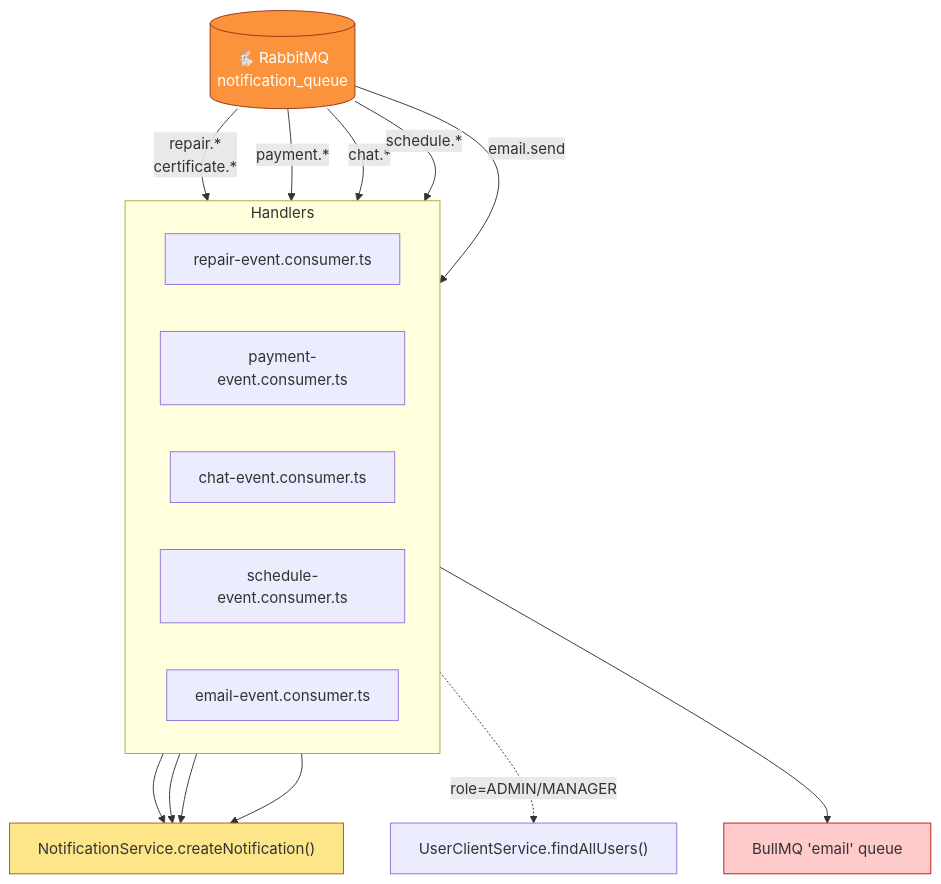
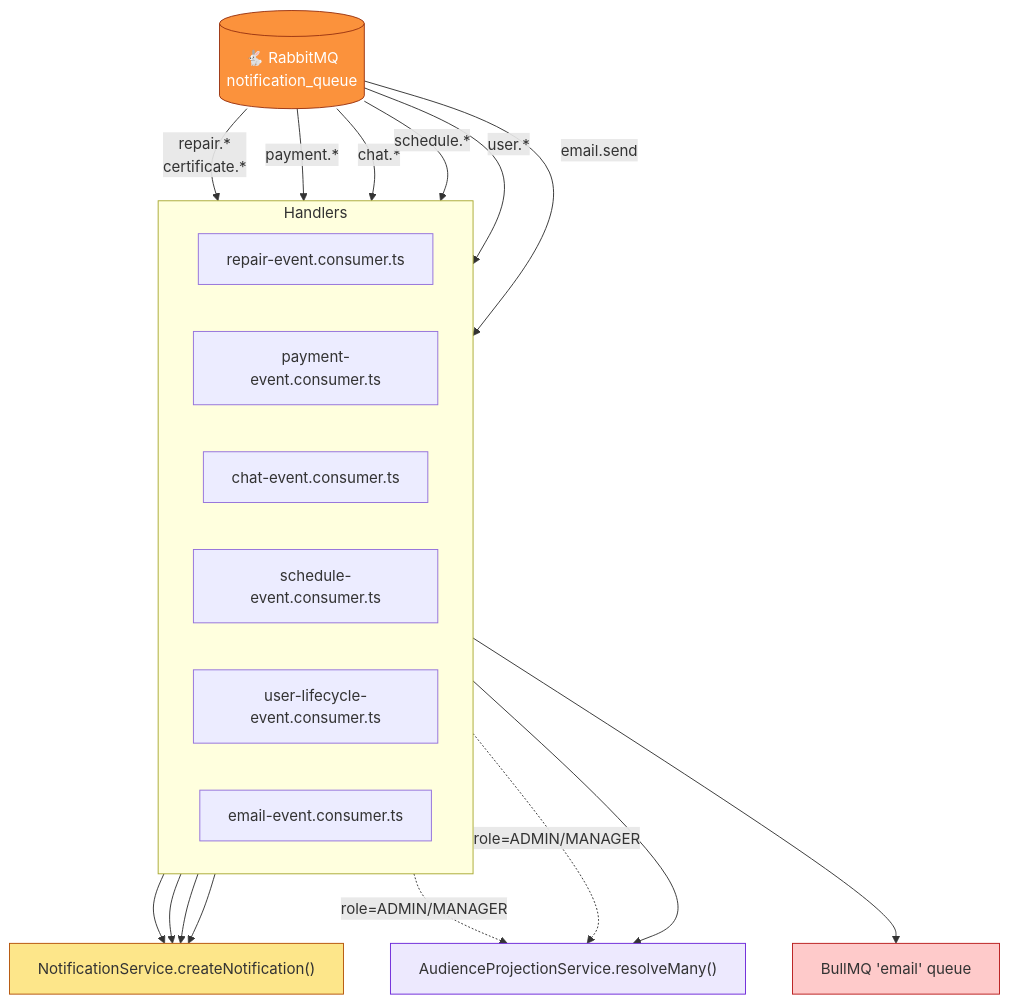
Before and after one commit to yolona-oss/asko-rsw: the seventh of 21 diagrams in apps/notification-service/README.md, drawn with Mermaid. The commit also changed other lines of this file and 37 other files, not shown here.

````diff
--- a/apps/notification-service/README.md
+++ b/apps/notification-service/README.md
@@ -400,30 +429,35 @@
 ```mermaid
 flowchart TB
     RMQ[("🐇 RabbitMQ<br/>notification_queue")]
 
     subgraph Handlers
         direction LR
         R["repair-event.consumer.ts"]
         P["payment-event.consumer.ts"]
         C["chat-event.consumer.ts"]
         S["schedule-event.consumer.ts"]
+        U["user-lifecycle-event.consumer.ts"]
         E["email-event.consumer.ts"]
     end
 
     RMQ -- "repair.*<br/>certificate.*" --> R
     RMQ -- "payment.*" --> P
     RMQ -- "chat.*" --> C
     RMQ -- "schedule.*" --> S
+    RMQ -- "user.*" --> U
     RMQ -- "email.send" --> E
 
     R --> NS["NotificationService.createNotification()"]
     P --> NS
     C --> NS
     S --> NS
-    S -. role=ADMIN/MANAGER .-> UC["UserClientService.findAllUsers()"]
+    R -. role=ADMIN/MANAGER .-> AP["AudienceProjectionService.resolveMany()"]
+    S -. role=ADMIN/MANAGER .-> AP
+    U --> AP
     E --> BQ["BullMQ 'email' queue"]
 
     style RMQ fill:#fb923c,color:#fff,stroke:#9a3412
     style NS fill:#fde68a,stroke:#b45309
+    style AP fill:#ede9fe,stroke:#6d28d9
     style BQ fill:#fecaca,stroke:#b91c1c
 ```
````
